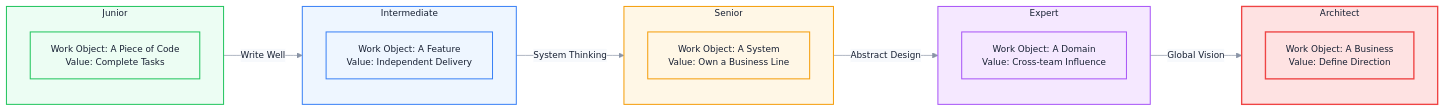
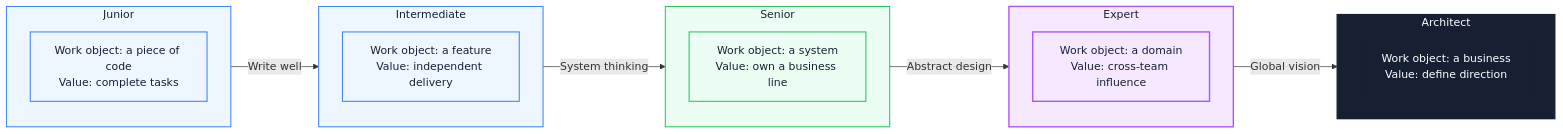
One commit to Fatejian/frontier-vault changed the first of 3 diagrams in docs/en/career/growth-path.md. Above: the diagram before and after it, drawn with Mermaid. The commit also changed other lines of this file and 41 other files, not shown here.

````diff
--- a/docs/en/career/growth-path.md
+++ b/docs/en/career/growth-path.md
@@ -55,41 +51,37 @@
 ```mermaid
-%%{init: {'theme': 'base', 'themeVariables': { 'fontFamily': 'Inter, PingFang SC, Microsoft YaHei, sans-serif', 'primaryColor': '#EEF6FF', 'primaryTextColor': '#172033', 'primaryBorderColor': '#6EA8FE', 'lineColor': '#8A94A6', 'secondaryColor': '#F7F9FC', 'tertiaryColor': '#FFF7E6', 'fontSize': '13px'}}}%%
 flowchart LR
     subgraph Stage1["Junior"]
-        S1["Work Object: A Piece of Code<br/>Value: Complete Tasks"]
+        S1["Work object: a piece of code<br/>Value: complete tasks"]
     end
 
     subgraph Stage2["Intermediate"]
-        S2["Work Object: A Feature<br/>Value: Independent Delivery"]
+        S2["Work object: a feature<br/>Value: independent delivery"]
     end
 
     subgraph Stage3["Senior"]
-        S3["Work Object: A System<br/>Value: Own a Business Line"]
+        S3["Work object: a system<br/>Value: own a business line"]
     end
 
     subgraph Stage4["Expert"]
-        S4["Work Object: A Domain<br/>Value: Cross-team Influence"]
+        S4["Work object: a domain<br/>Value: cross-team influence"]
     end
 
     subgraph Stage5["Architect"]
-        S5["Work Object: A Business<br/>Value: Define Direction"]
+        S5["Work object: a business<br/>Value: define direction"]
     end
 
-    Stage1 -->|Write Well| Stage2
-    Stage2 -->|System Thinking| Stage3
-    Stage3 -->|Abstract Design| Stage4
-    Stage4 -->|Global Vision| Stage5
+    Stage1 -->|Write well| Stage2
+    Stage2 -->|System thinking| Stage3
+    Stage3 -->|Abstract design| Stage4
+    Stage4 -->|Global vision| Stage5
 
-    classDef s1 fill:#ECFDF3,stroke:#22C55E,color:#172033,stroke-width:1.5px;
-    classDef s2 fill:#EEF6FF,stroke:#3B82F6,color:#172033,stroke-width:1.5px;
-    classDef s3 fill:#FFF7E6,stroke:#F59E0B,color:#172033,stroke-width:1.5px;
-    classDef s4 fill:#F5E8FF,stroke:#A855F7,color:#172033,stroke-width:1.5px;
-    classDef s5 fill:#FEE2E2,stroke:#EF4444,color:#172033,stroke-width:2px;
-    classDef leap fill:#FFF7E6,stroke:#F59E0B,color:#172033,stroke-dasharray: 4 3;
+    classDef wait fill:#EEF6FF,stroke:#3B82F6,color:#172033,stroke-width:1.5px;
+    classDef work fill:#ECFDF3,stroke:#22C55E,color:#172033,stroke-width:1.5px;
+    classDef metric fill:#F5E8FF,stroke:#A855F7,color:#172033,stroke-width:2px;
+    classDef core fill:#172033,color:#fff,stroke:#172033,stroke-width:2px;
 
-    class Stage1,S1 s1;
-    class Stage2,S2 s2;
-    class Stage3,S3 s3;
-    class Stage4,S4 s4;
-    class Stage5,S5 s5;
+    class Stage1,S1,Stage2,S2 wait;
+    class Stage3,S3 work;
+    class Stage4,S4 metric;
+    class Stage5,S5 core;
 ```
````
